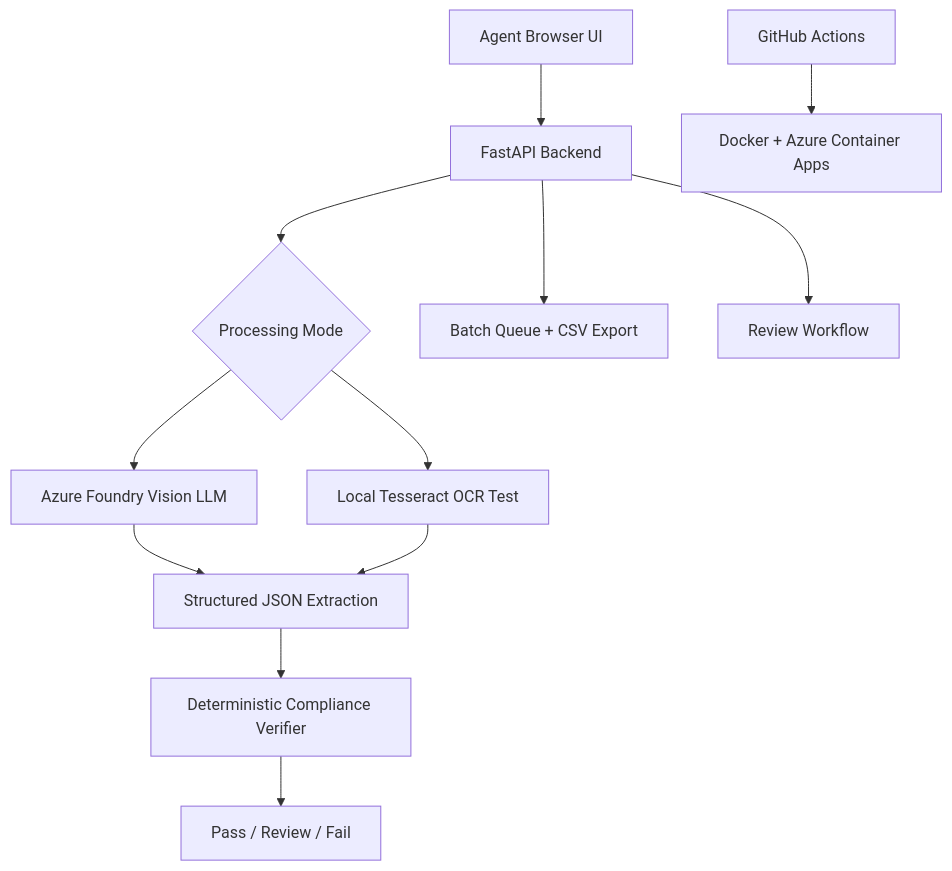
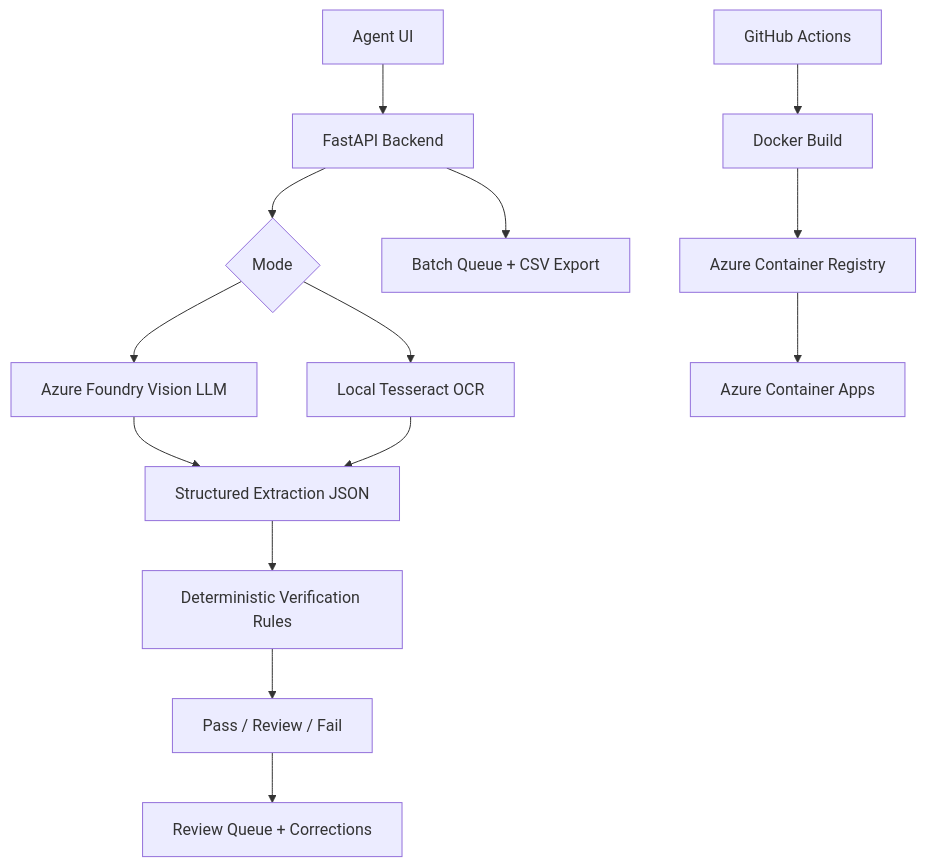
One commit to avinashsriram1/Treasury-Take-Home changed the diagram in README.md. Above: the diagram before and after it, drawn with Mermaid. The commit also changed other lines of this file and 3 other files, not shown here.

````diff
--- a/README.md
+++ b/README.md
@@ -28,14 +43,16 @@
 ```mermaid
 flowchart TD
-    A["Agent Browser UI"] --> B["FastAPI Backend"]
-    B --> C{"Processing Mode"}
+    A["Agent UI"] --> B["FastAPI Backend"]
+    B --> C{"Mode"}
     C --> D["Azure Foundry Vision LLM"]
-    C --> E["Local Tesseract OCR Test"]
-    D --> F["Structured JSON Extraction"]
+    C --> E["Local Tesseract OCR"]
+    D --> F["Structured Extraction JSON"]
     E --> F
-    F --> G["Deterministic Compliance Verifier"]
+    F --> G["Deterministic Verification Rules"]
     G --> H["Pass / Review / Fail"]
-    B --> I["Batch Queue + CSV Export"]
-    B --> J["Review Workflow"]
-    K["GitHub Actions"] --> L["Docker + Azure Container Apps"]
+    H --> I["Review Queue + Corrections"]
+    B --> J["Batch Queue + CSV Export"]
+    K["GitHub Actions"] --> L["Docker Build"]
+    L --> M["Azure Container Registry"]
+    M --> N["Azure Container Apps"]
 ```
````
